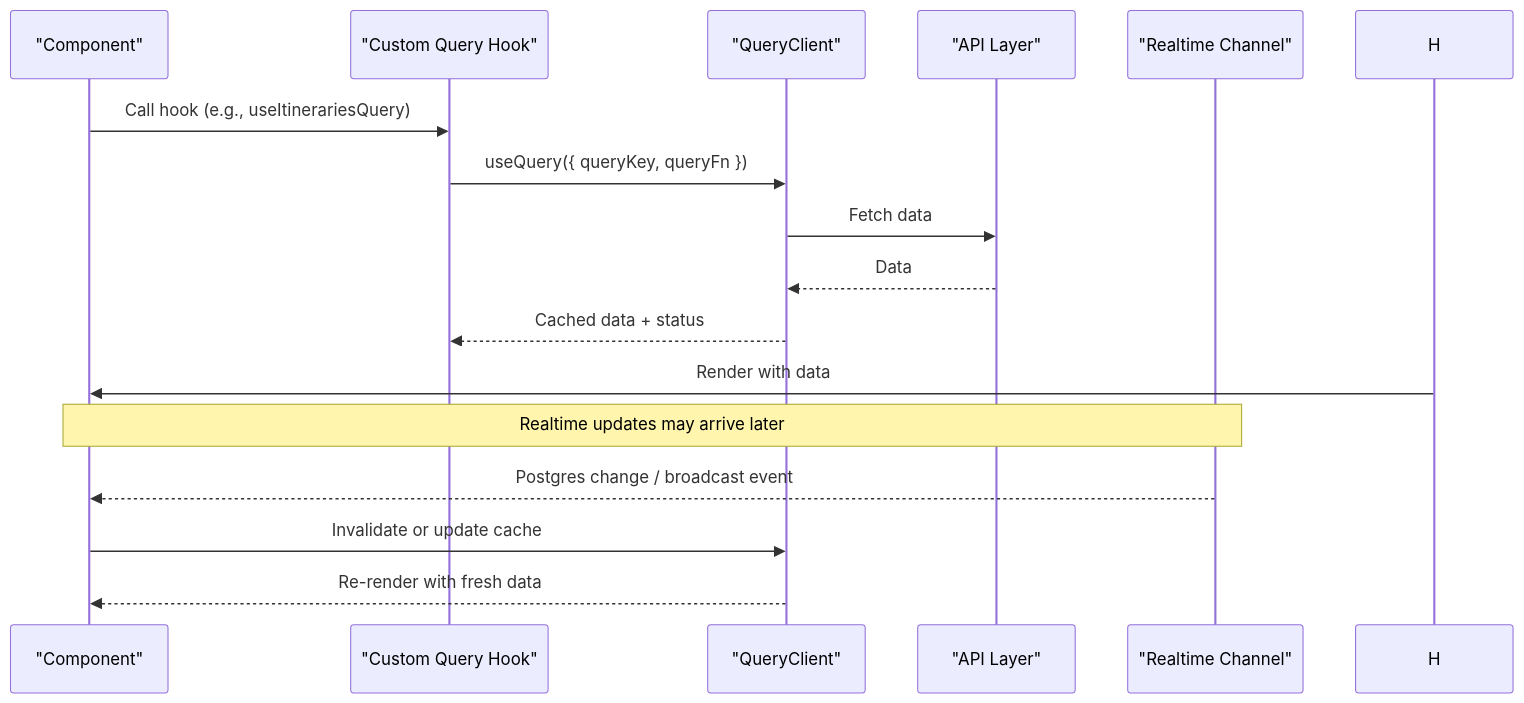
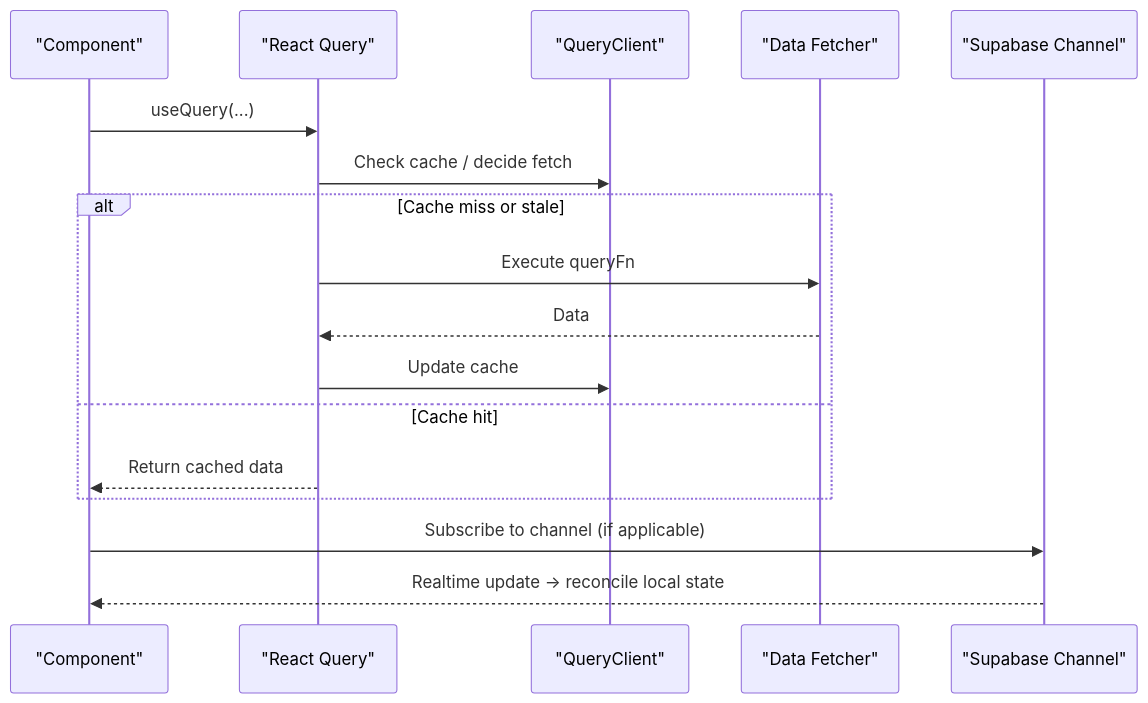
The second of 8 diagrams in .qoder/repowiki/en/content/State Management/State Management.md (Meaetin/alibaba-hackathon), drawn with Mermaid before and after one commit. The commit also changed other lines of this file and 241 other files, not shown here.

````diff
--- a/.qoder/repowiki/en/content/State Management/State Management.md
+++ b/.qoder/repowiki/en/content/State Management/State Management.md
@@ -118,18 +128,19 @@
 ```mermaid
 sequenceDiagram
-participant C as "Component"
-participant QH as "Custom Query Hook"
+participant UI as "Component"
+participant RQ as "React Query"
 participant QC as "QueryClient"
-participant API as "API Layer"
-participant RT as "Realtime Channel"
-C->>QH : Call hook (e.g., useItinerariesQuery)
-QH->>QC : useQuery({ queryKey, queryFn })
-QC->>API : Fetch data
-API-->>QC : Data
-QC-->>QH : Cached data + status
-H->>C : Render with data
-Note over RT,C : Realtime updates may arrive later
-RT-->>C : Postgres change / broadcast event
-C->>QC : Invalidate or update cache
-QC-->>C : Re-render with fresh data
+participant API as "Data Fetcher"
+participant RT as "Supabase Channel"
+UI->>RQ : useQuery(...)
+RQ->>QC : Check cache / decide fetch
+alt Cache miss or stale
+RQ->>API : Execute queryFn
+API-->>RQ : Data
+RQ->>QC : Update cache
+else Cache hit
+RQ-->>UI : Return cached data
+end
+UI->>RT : Subscribe to channel (if applicable)
+RT-->>UI : Realtime update -> reconcile local state
 ```
````
